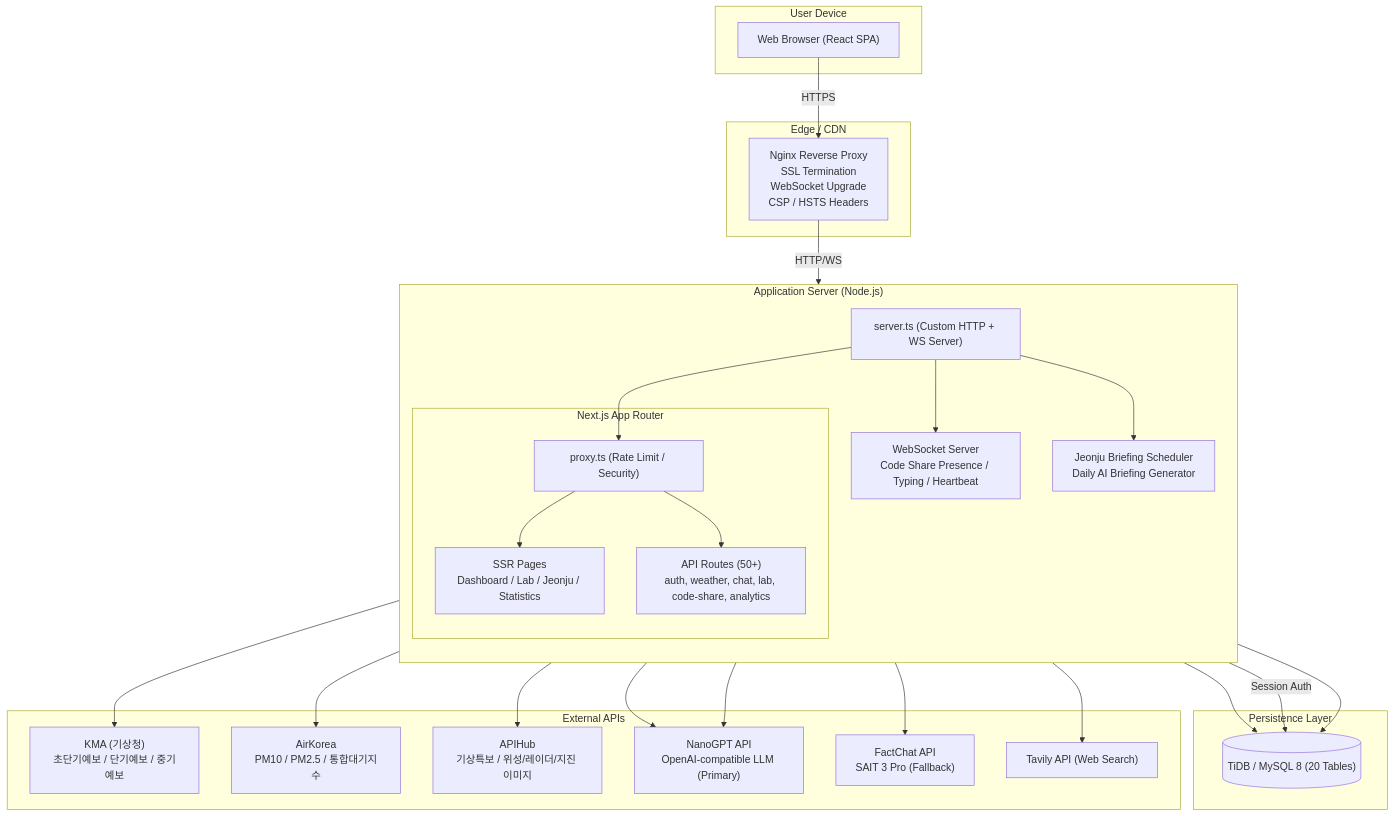
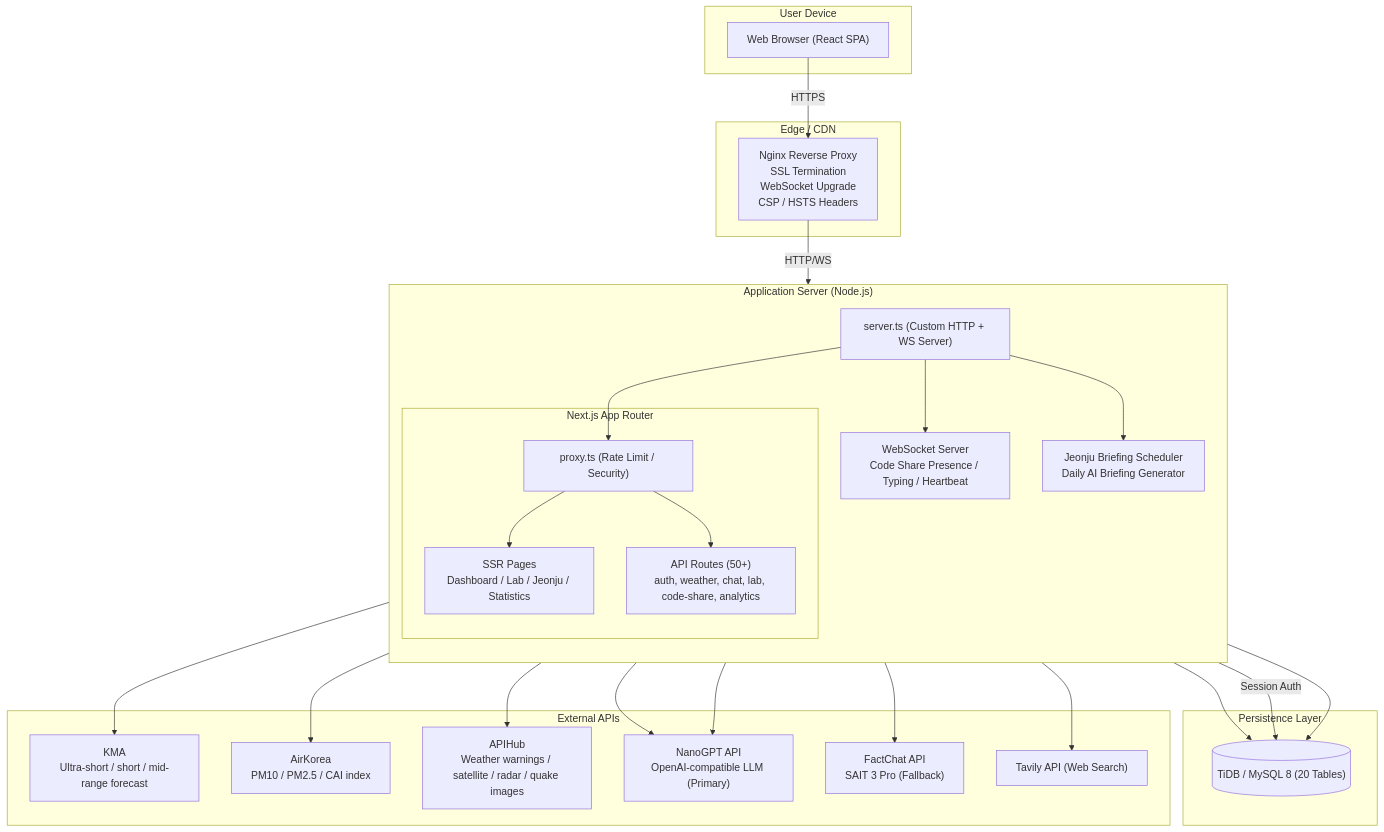
Before and after one commit to kim0040/Nadeulhae: the first of 17 diagrams in docs/ARCHITECTURE_UML.md, drawn with Mermaid. The commit also changed other lines of this file and 12 other files, not shown here.

````diff
--- a/docs/ARCHITECTURE_UML.md
+++ b/docs/ARCHITECTURE_UML.md
@@ -15,57 +15,57 @@
 ```mermaid
 graph TB
     subgraph UserDevice["User Device"]
         BROWSER["Web Browser (React SPA)"]
     end
 
     subgraph EdgeCDN["Edge / CDN"]
         NGINX["Nginx Reverse Proxy<br/>SSL Termination<br/>WebSocket Upgrade<br/>CSP / HSTS Headers"]
     end
 
     subgraph AppServer["Application Server (Node.js)"]
         direction TB
         S_TS["server.ts (Custom HTTP + WS Server)"]
         
         subgraph NextJS["Next.js App Router"]
             MIDDLE["proxy.ts (Rate Limit / Security)"]
             PAGES["SSR Pages<br/>Dashboard / Lab / Jeonju / Statistics"]
             API["API Routes (50+)<br/>auth, weather, chat, lab, code-share, analytics"]
         end
 
         WSS["WebSocket Server<br/>Code Share Presence / Typing / Heartbeat"]
         
         SCHEDULER["Jeonju Briefing Scheduler<br/>Daily AI Briefing Generator"]
 
         S_TS --> MIDDLE
         MIDDLE --> PAGES
         MIDDLE --> API
         S_TS --> WSS
         S_TS --> SCHEDULER
     end
 
     subgraph Persistence["Persistence Layer"]
         TIDB[("TiDB / MySQL 8 (20 Tables)")]
     end
 
     subgraph ExternalAPIs["External APIs"]
-        KMA["KMA (기상청)<br/>초단기예보 / 단기예보 / 중기예보"]
-        AIR["AirKorea<br/>PM10 / PM2.5 / 통합대기지수"]
-        APIHUB["APIHub<br/>기상특보 / 위성/레이더/지진 이미지"]
+        KMA["KMA<br/>Ultra-short / short / mid-range forecast"]
+        AIR["AirKorea<br/>PM10 / PM2.5 / CAI index"]
+        APIHUB["APIHub<br/>Weather warnings / satellite / radar / quake images"]
         NANOGPT["NanoGPT API<br/>OpenAI-compatible LLM (Primary)"]
         FACTCHAT["FactChat API<br/>SAIT 3 Pro (Fallback)"]
         TAVILY["Tavily API (Web Search)"]
     end
 
     BROWSER -- HTTPS --> NGINX
     NGINX -- HTTP/WS --> S_TS
     API --> TIDB
     WSS -- Session Auth --> TIDB
     API --> KMA
     API --> AIR
     API --> APIHUB
     API --> NANOGPT
     API --> FACTCHAT
     API --> TAVILY
     SCHEDULER --> NANOGPT
     SCHEDULER --> TIDB
 ```
````
